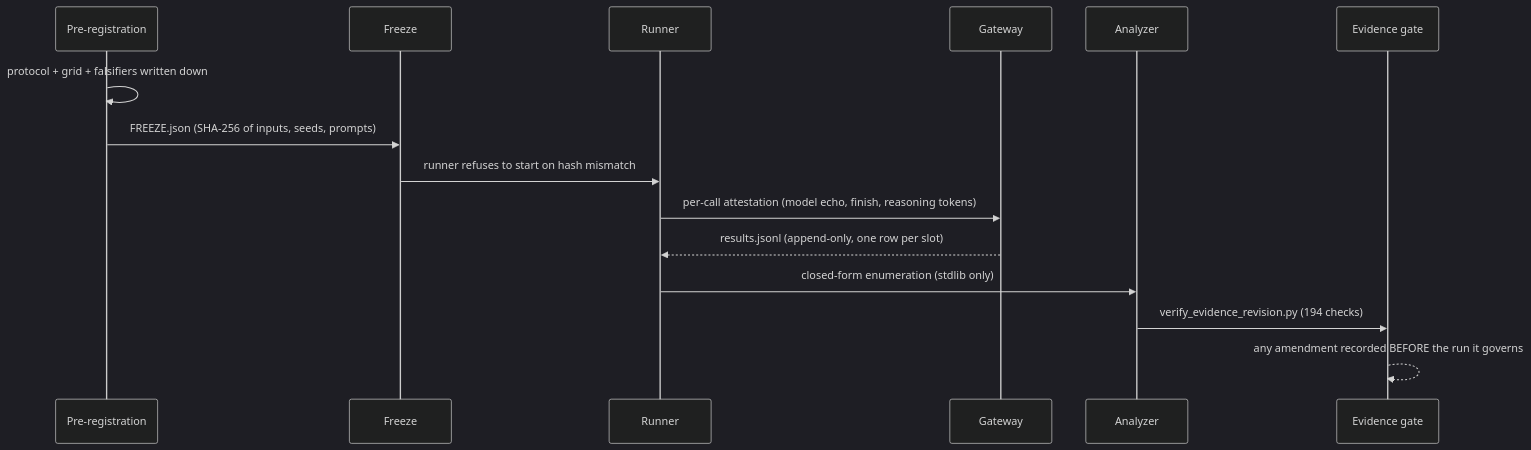
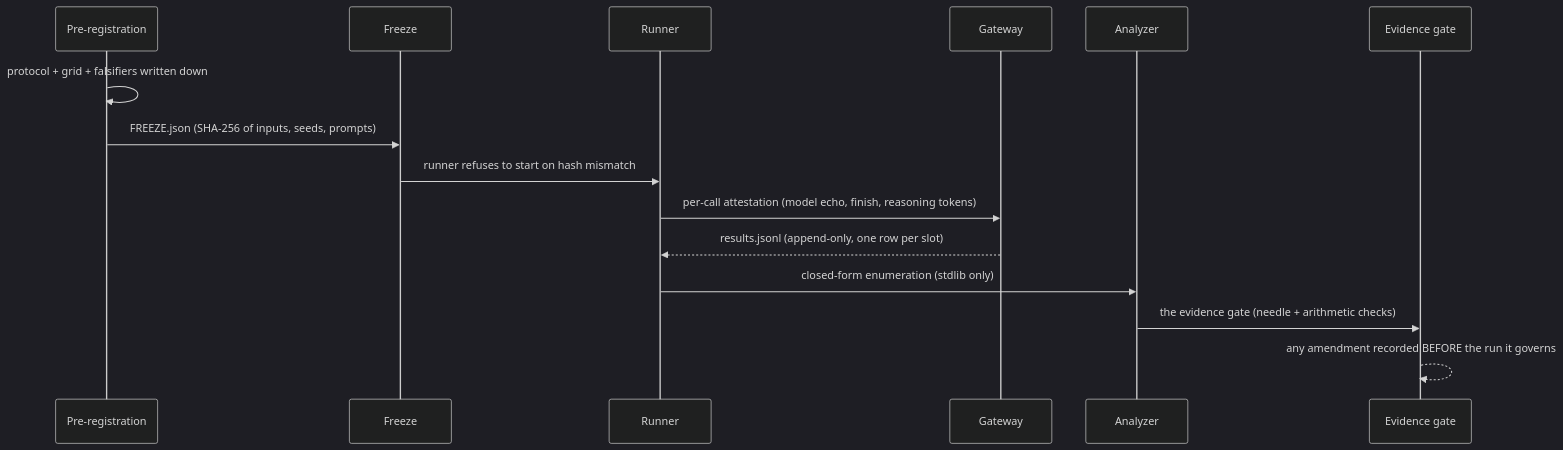
Before and after one commit to 0xLAB-art/YHZ-Floor: the second of 2 diagrams in docs_site/docs/guide.md, drawn with Mermaid (dark theme). The commit also changed other lines of this file and 38 other files, not shown here.

````diff
--- a/docs_site/docs/guide.md
+++ b/docs_site/docs/guide.md
@@ -36,18 +36,18 @@
 ```mermaid
 sequenceDiagram
     participant P as Pre-registration
     participant F as Freeze
     participant R as Runner
     participant G as Gateway
     participant A as Analyzer
     participant V as Evidence gate
 
     P->>P: protocol + grid + falsifiers written down
     P->>F: FREEZE.json (SHA-256 of inputs, seeds, prompts)
     F->>R: runner refuses to start on hash mismatch
     R->>G: per-call attestation (model echo, finish, reasoning tokens)
     G-->>R: results.jsonl (append-only, one row per slot)
     R->>A: closed-form enumeration (stdlib only)
-    A->>V: verify_evidence_revision.py (194 checks)
+    A->>V: the evidence gate (needle + arithmetic checks)
     V-->>V: any amendment recorded BEFORE the run it governs
 ```
````
